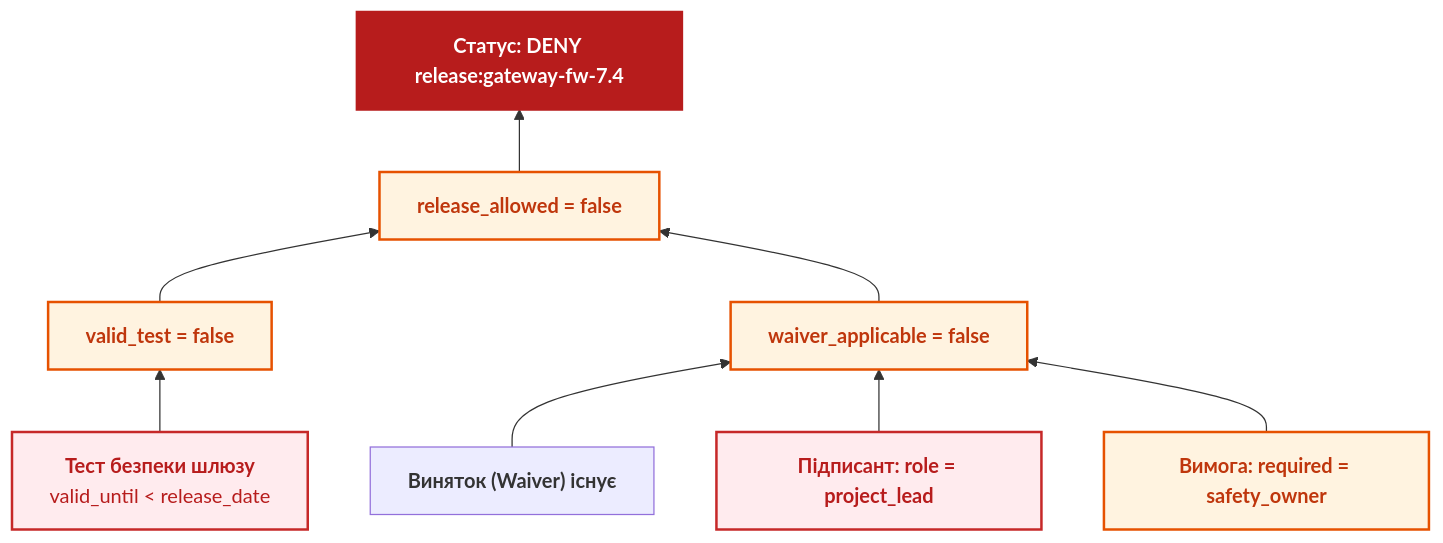
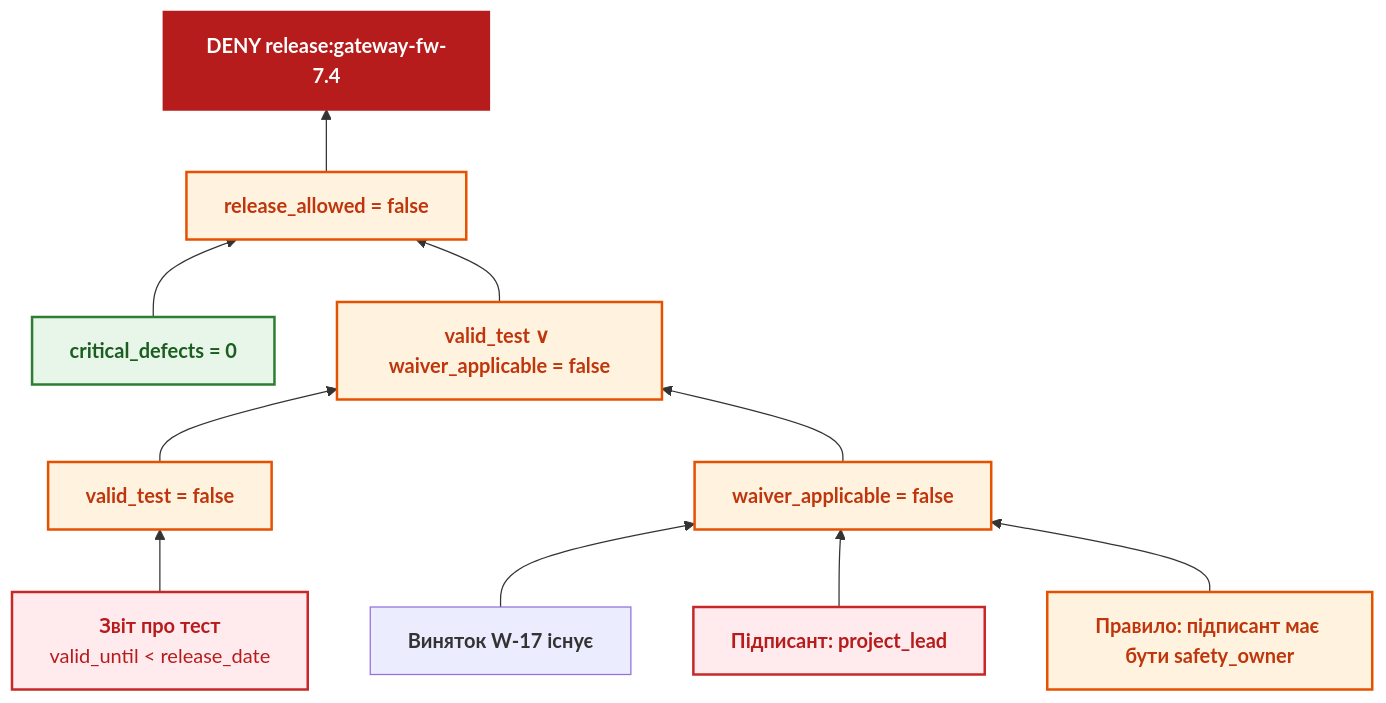
The third of 6 diagrams in ExpertSystem/ch20-explanation-engine.md (nick-fedchik/articles), drawn with Mermaid before and after one commit. The commit also changed other lines of this file, not shown here.

````diff
--- a/ExpertSystem/ch20-explanation-engine.md
+++ b/ExpertSystem/ch20-explanation-engine.md
@@ -139,22 +130,25 @@
 ```mermaid
 flowchart BT
-    accTitle: Граф спростування релізу прошивки шлюзу
-    accDescr: Дерево логічного виведення статусу DENY на основі простроченого тесту та неправомірного підпису винятку.
+    accTitle: Граф доведення відмови в релізі прошивки шлюзу
+    accDescr: Прострочений звіт про тест дає valid_test = false, підпис керівника проєкту замість відповідального за безпеку дає waiver_applicable = false, тому диз'юнкція хибна й реліз заборонено, хоча критичних дефектів немає.
 
-    T["<b>Тест безпеки шлюзу</b><br/>valid_until < release_date"] --> NT["<b>valid_test = false</b>"]
-    W["<b>Виняток (Waiver) існує</b>"] --> WA["<b>waiver_applicable = false</b>"]
-    SG["<b>Підписант: role = project_lead</b>"] --> WA
-    PR["<b>Вимога: required = safety_owner</b>"] --> WA
-
-    NT --> AL["<b>release_allowed = false</b>"]
-    WA --> AL
-    AL --> DENY["<b>Статус: DENY release:gateway-fw-7.4</b>"]
+    T["<b>Звіт про тест</b><br/>valid_until < release_date"] --> NT["<b>valid_test = false</b>"]
+    W["<b>Виняток W-17 існує</b>"] --> WA["<b>waiver_applicable = false</b>"]
+    SG["<b>Підписант: project_lead</b>"] --> WA
+    PR["<b>Правило: підписант має бути safety_owner</b>"] --> WA
+    NT --> OR["<b>valid_test ∨ waiver_applicable = false</b>"]
+    WA --> OR
+    CD["<b>critical_defects = 0</b>"] --> AL
+    OR --> AL["<b>release_allowed = false</b>"]
+    AL --> DENY["<b>DENY release:gateway-fw-7.4</b>"]
 
     classDef fact fill:#ffebee,stroke:#c62828,stroke-width:2px,color:#b71c1c;
+    classDef ok fill:#e8f5e9,stroke:#2e7d32,stroke-width:2px,color:#1b5e20;
     classDef logic fill:#fff3e0,stroke:#e65100,stroke-width:2px,color:#bf360c;
     classDef verdict fill:#b71c1c,stroke:#b71c1c,stroke-width:2px,color:#ffffff;
 
     class T,SG fact;
-    class NT,WA,PR,AL logic;
+    class CD ok;
+    class NT,WA,PR,OR,AL logic;
     class DENY verdict;
 ```
````
